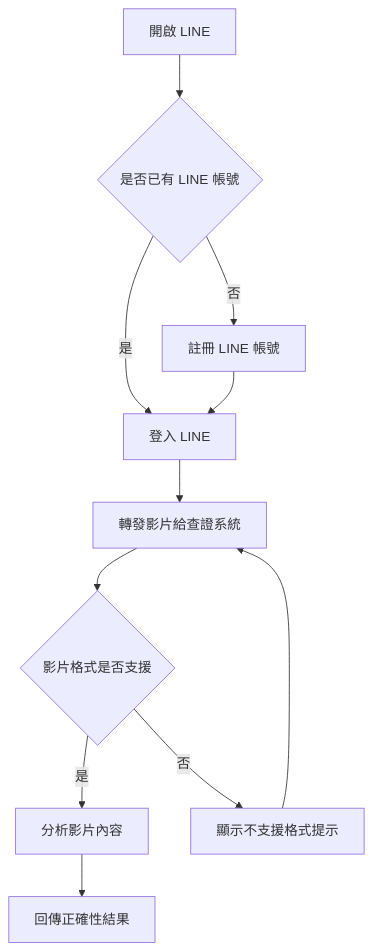
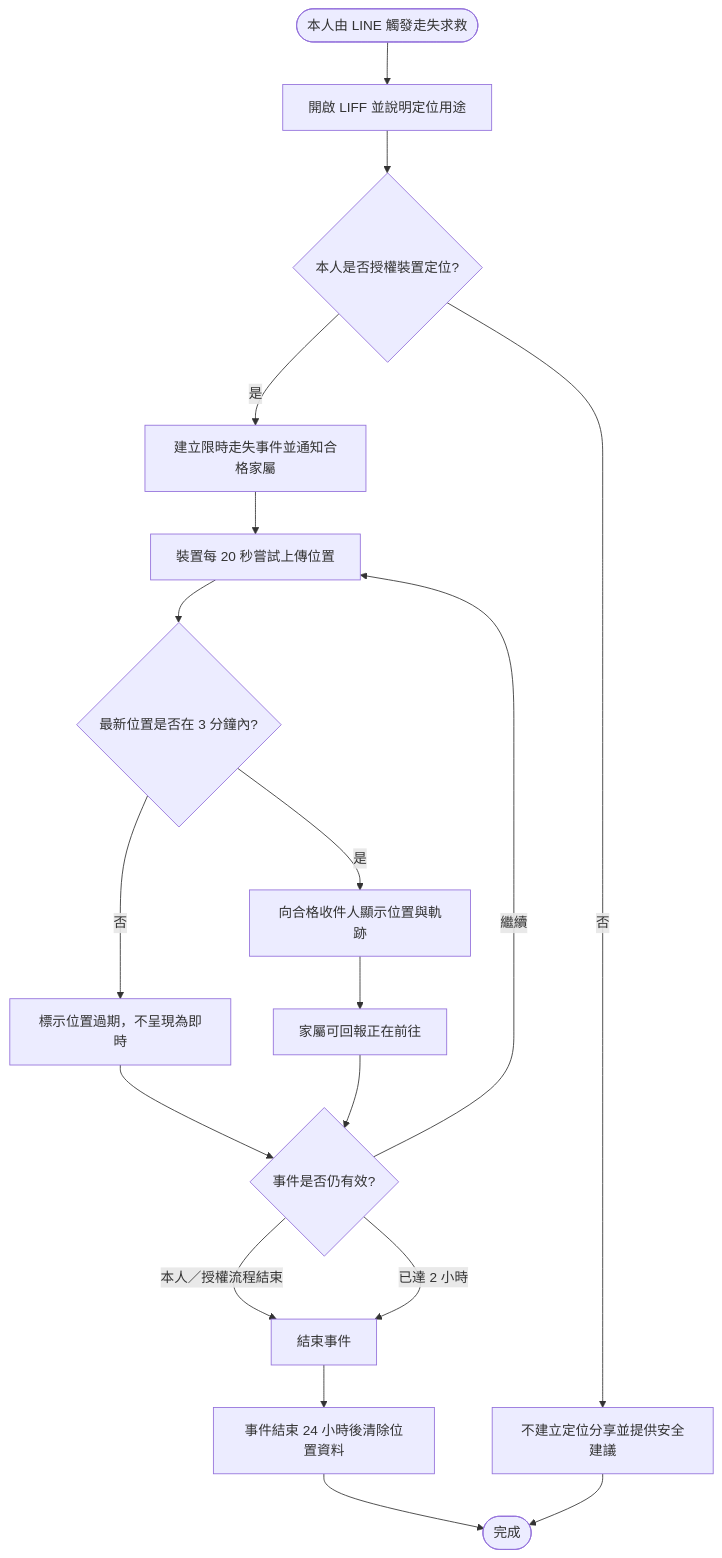
Before and after one commit to Yanagi-0912/CARE-Documents: the eighth of 8 diagrams in 軟體需求文件(SRD).md, drawn with Mermaid. The commit also changed other lines of this file and 1 other file, not shown here.

Commit message:
更新mermaid

````diff
--- a/軟體需求文件(SRD).md
+++ b/軟體需求文件(SRD).md
@@ -107,15 +417,20 @@
 ```mermaid
 flowchart TD
-A[開啟 LINE] --> B{是否已有 LINE 帳號}
-B -- 是 --> C[登入 LINE]
-B -- 否 --> D[註冊 LINE 帳號]
-D --> C
-C --> E[轉發影片給查證系統]
-E --> F{影片格式是否支援}
-F -- 是 --> G[分析影片內容]
-G --> H[回傳正確性結果]
-F -- 否 --> I[顯示不支援格式提示]
-I --> E
-
-    
+    Start([本人由 LINE 觸發走失求救]) --> Open[開啟 LIFF 並說明定位用途]
+    Open --> Consent{本人是否授權裝置定位?}
+    Consent -->|否| Reject[不建立定位分享並提供安全建議]
+    Consent -->|是| Event[建立限時走失事件並通知合格家屬]
+    Event --> Upload[裝置每 20 秒嘗試上傳位置]
+    Upload --> Fresh{最新位置是否在 3 分鐘內?}
+    Fresh -->|否| Stale[標示位置過期，不呈現為即時]
+    Fresh -->|是| Track[向合格收件人顯示位置與軌跡]
+    Track --> Response[家屬可回報正在前往]
+    Stale --> Continue{事件是否仍有效?}
+    Response --> Continue
+    Continue -->|本人／授權流程結束| EndEvent[結束事件]
+    Continue -->|已達 2 小時| EndEvent
+    Continue -->|繼續| Upload
+    EndEvent --> Delete[事件結束 24 小時後清除位置資料]
+    Delete --> Done([完成])
+    Reject --> Done
 ```
````
